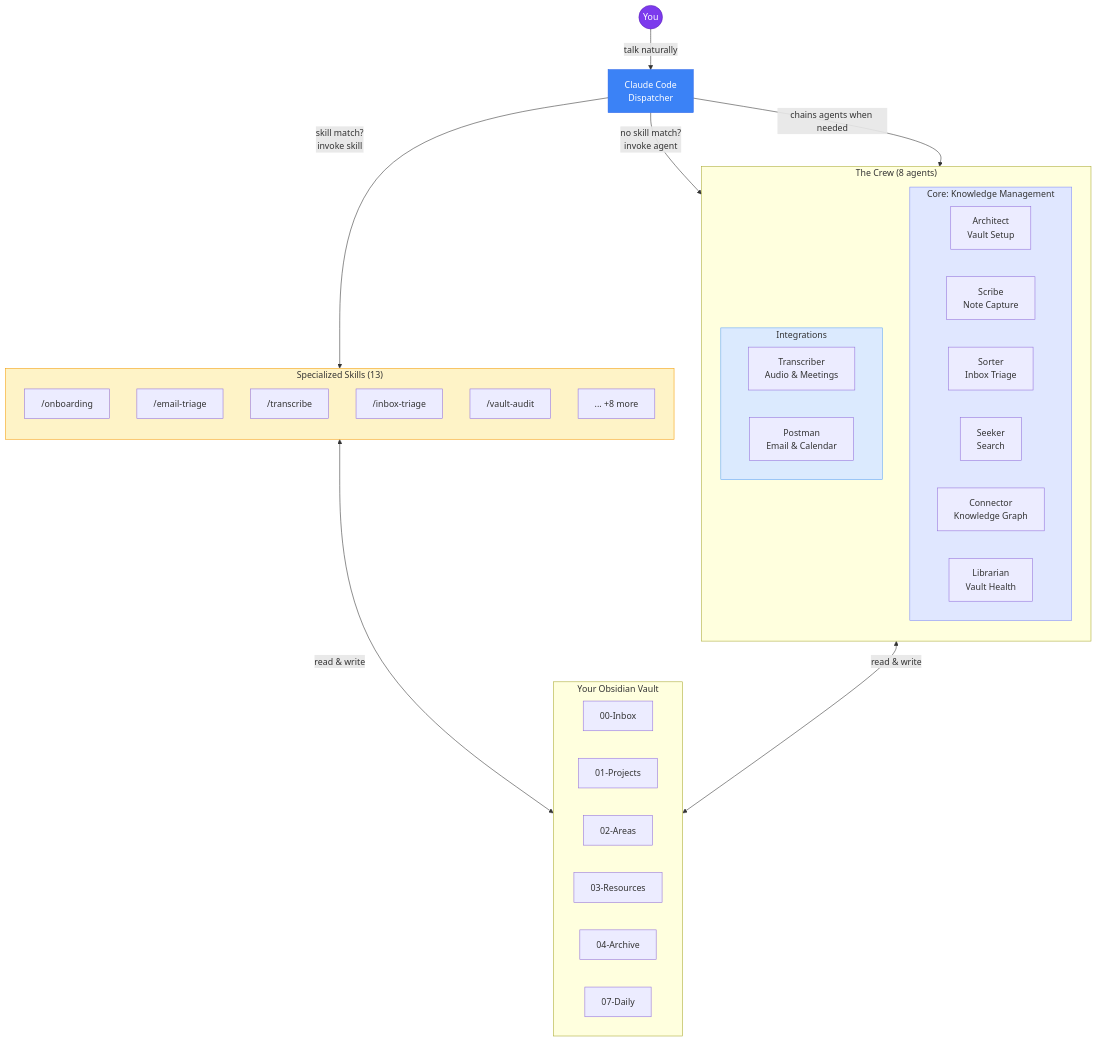
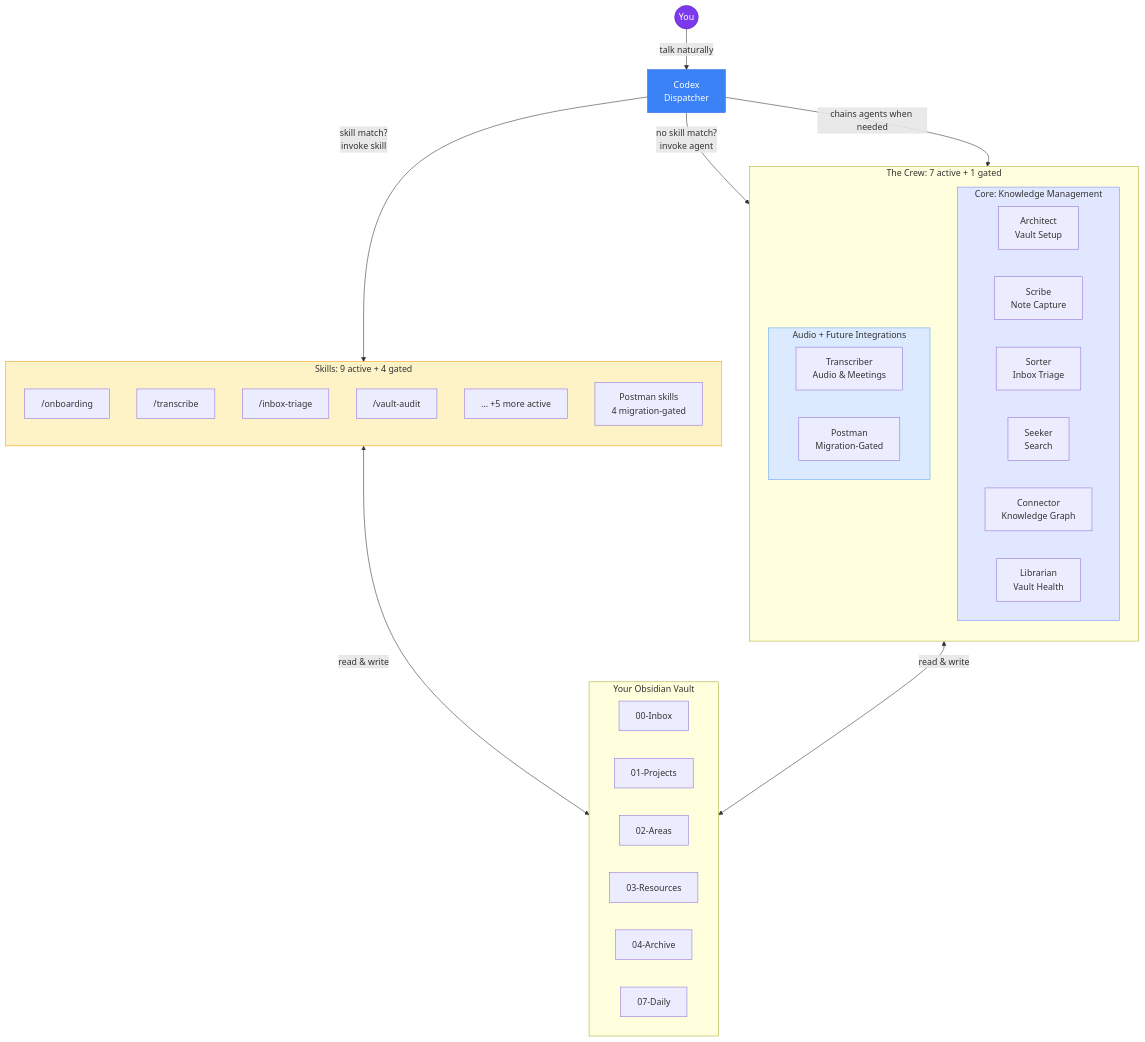
The first of 2 diagrams in README.md (gnekt/My-Brain-Is-Full-Crew), drawn with Mermaid before and after one commit. The commit also changed other lines of this file and 54 other files, not shown here.

Commit message:
feat: advance codex migration through round 7a

````diff
--- a/README.md
+++ b/README.md
@@ -152,57 +154,57 @@
 ```mermaid
 graph TB
     User((You))
-    Claude["Claude Code\nDispatcher"]
+    Dispatcher["Codex\nDispatcher"]
 
-    User -->|"talk naturally"| Claude
-    Claude -->|"skill match?\ninvoke skill"| Skills
-    Claude -->|"no skill match?\ninvoke agent"| Agents
-    Claude -->|"chains agents when needed"| Agents
+    User -->|"talk naturally"| Dispatcher
+    Dispatcher -->|"skill match?\ninvoke skill"| Skills
+    Dispatcher -->|"no skill match?\ninvoke agent"| Agents
+    Dispatcher -->|"chains agents when needed"| Agents
 
-    subgraph Skills["Specialized Skills (13)"]
+    subgraph Skills["Skills: 9 active + 4 gated"]
         direction TB
         Onboarding["/onboarding"]
-        EmailTriage["/email-triage"]
         Transcribe["/transcribe"]
         InboxTriage["/inbox-triage"]
         VaultAudit["/vault-audit"]
-        MoreSkills["... +8 more"]
+        MoreSkills["... +5 more active"]
+        GatedSkills["Postman skills\n4 migration-gated"]
     end
 
-    subgraph Agents["The Crew (8 agents)"]
+    subgraph Agents["The Crew: 7 active + 1 gated"]
         direction TB
 
         subgraph Core["Core: Knowledge Management"]
             Architect["Architect\nVault Setup"]
             Scribe["Scribe\nNote Capture"]
             Sorter["Sorter\nInbox Triage"]
             Seeker["Seeker\nSearch"]
             Connector["Connector\nKnowledge Graph"]
             Librarian["Librarian\nVault Health"]
         end
 
-        subgraph External["Integrations"]
+        subgraph External["Audio + Future Integrations"]
             Transcriber["Transcriber\nAudio & Meetings"]
-            Postman["Postman\nEmail & Calendar"]
+            Postman["Postman\nMigration-Gated"]
         end
     end
 
     Skills <-->|"read & write"| Vault
     Agents <-->|"read & write"| Vault
 
     subgraph Vault["Your Obsidian Vault"]
         direction LR
         Inbox["00-Inbox"]
         Projects["01-Projects"]
         Areas["02-Areas"]
         Resources["03-Resources"]
         Archive["04-Archive"]
         Daily["07-Daily"]
     end
 
     style User fill:#7c3aed,stroke:#5b21b6,color:#fff
-    style Claude fill:#3b82f6,stroke:#2563eb,color:#fff
+    style Dispatcher fill:#3b82f6,stroke:#2563eb,color:#fff
     style Skills fill:#fef3c7,stroke:#f59e0b
     style Core fill:#e0e7ff,stroke:#818cf8
     style External fill:#dbeafe,stroke:#60a5fa
 ```
````
